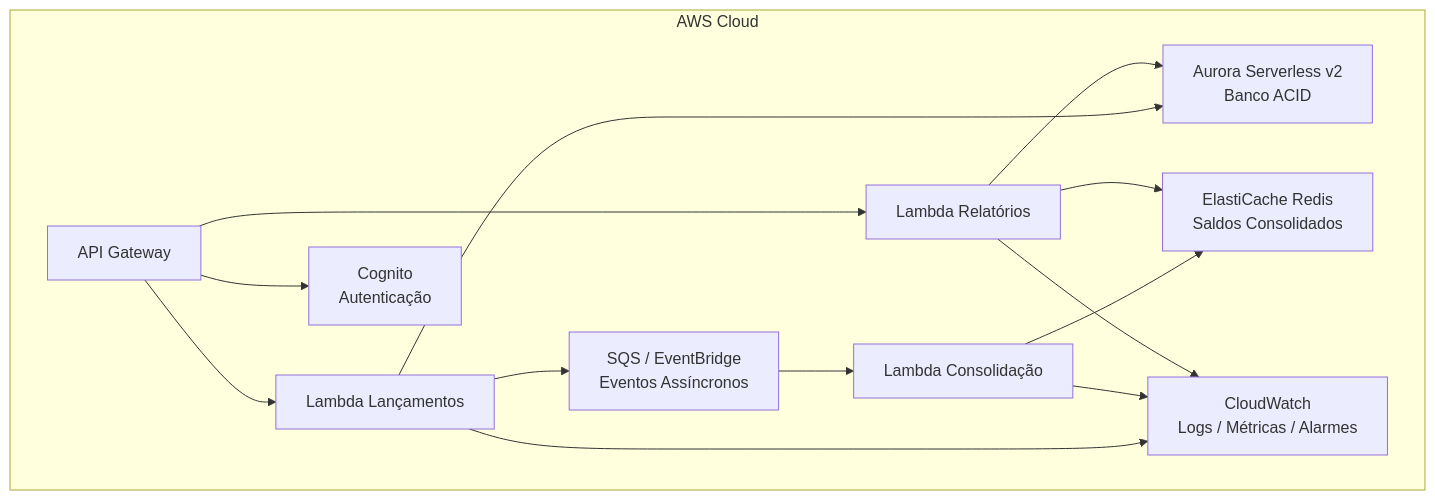
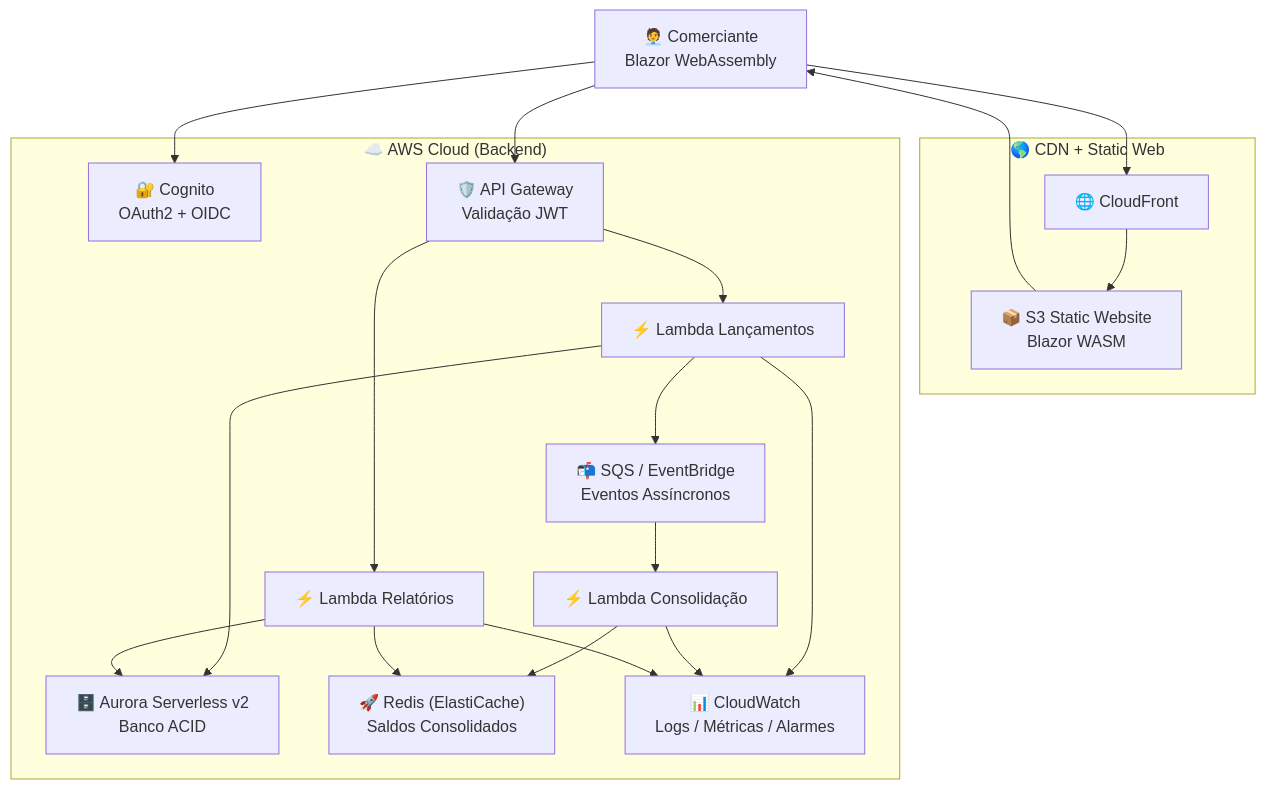
The second of 7 diagrams in README.md (wandelson/cash-flow-poc), drawn with Mermaid before and after one commit. The commit also changed other lines of this file, not shown here.

First line of the commit message:
Enhance README with migration and architecture details

````diff
--- a/README.md
+++ b/README.md
@@ -20,32 +88,47 @@
 ```mermaid
+
 flowchart TD
-    subgraph AWS_Cloud["AWS Cloud"]
+    User["🧑‍💼 Comerciante<br/>Blazor WebAssembly"]
+
+    subgraph Edge["🌎 CDN + Static Web"]
+        CF["🌐 CloudFront"]
+        S3["📦 S3 Static Website<br/>Blazor WASM"]
+    end
+
+    subgraph AWS_Cloud["☁️ AWS Cloud (Backend)"]
         
-        APIGW["API Gateway"]
-        Cognito["Cognito<br/>Autenticação"]
-        LambdaL["Lambda Lançamentos"]
-        LambdaC["Lambda Consolidação"]
-        LambdaR["Lambda Relatórios"]
-        SQS["SQS / EventBridge<br/>Eventos Assíncronos"]
-        Aurora["Aurora Serverless v2<br/>Banco ACID"]
-        Redis["ElastiCache Redis<br/>Saldos Consolidados"]
-        CloudWatch["CloudWatch<br/>Logs / Métricas / Alarmes"]
+        Cognito["🔐 Cognito<br/>OAuth2 + OIDC"]
+        APIGW["🛡️ API Gateway<br/>Validação JWT"]
+        LambdaL["⚡ Lambda Lançamentos"]
+        LambdaC["⚡ Lambda Consolidação"]
+        LambdaR["⚡ Lambda Relatórios"]
+        SQS["📬 SQS / EventBridge<br/>Eventos Assíncronos"]
+        Aurora["🗄️ Aurora Serverless v2<br/>Banco ACID"]
+        Redis["🚀 Redis (ElastiCache)<br/>Saldos Consolidados"]
+        CloudWatch["📊 CloudWatch<br/>Logs / Métricas / Alarmes"]
+    end
 
-        APIGW --> LambdaL
-        APIGW --> LambdaR
-        APIGW --> Cognito
+    User --> CF
+    CF --> S3
+    S3 --> User
 
-        LambdaL --> Aurora
-        LambdaL --> SQS
+    User --> Cognito
+    User --> APIGW
 
-        SQS --> LambdaC
-        LambdaC --> Redis
+    APIGW --> LambdaL
+    APIGW --> LambdaR
 
-        LambdaR --> Redis
-        LambdaR --> Aurora
+    LambdaL --> Aurora
+    LambdaL --> SQS
 
-        LambdaL --> CloudWatch
-        LambdaC --> CloudWatch
-        LambdaR --> CloudWatch
-    end
+    SQS --> LambdaC
+    LambdaC --> Redis
+
+    LambdaR --> Redis
+    LambdaR --> Aurora
+
+    LambdaL --> CloudWatch
+    LambdaC --> CloudWatch
+    LambdaR --> CloudWatch
+
 ```
````
